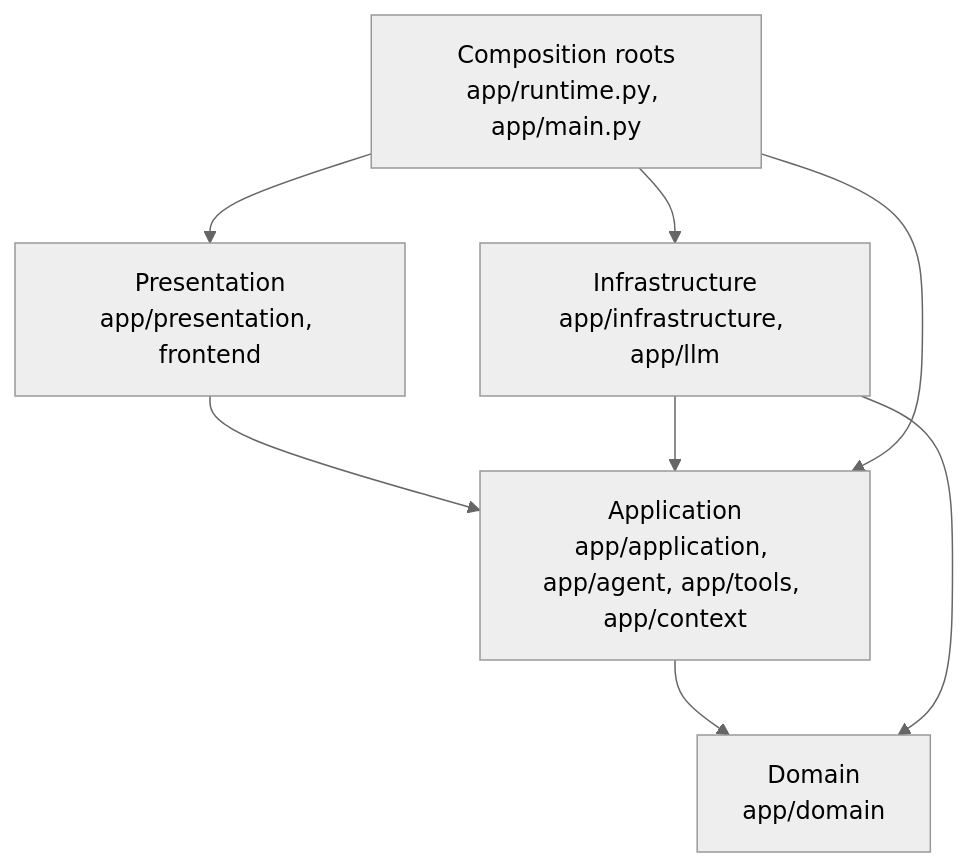
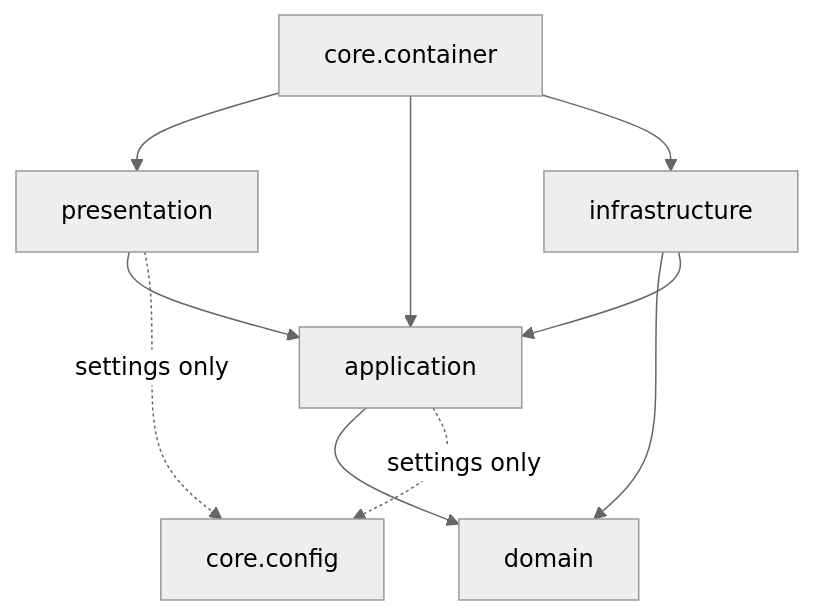
Before and after one commit to Zulfiqar7862/incident-triage-agent: the first of 9 diagrams in docs/LLD.md, drawn with Mermaid (neutral theme). The commit also changed other lines of this file and 17 other files, not shown here.

````diff
--- a/docs/LLD.md
+++ b/docs/LLD.md
@@ -78,10 +78,10 @@
 ```mermaid
 flowchart TB
-  P[Presentation<br/>app/presentation, frontend] --> A[Application<br/>app/application, app/agent, app/tools, app/context]
-  A --> D[Domain<br/>app/domain]
-  I[Infrastructure<br/>app/infrastructure, app/llm] --> D
+  P[presentation] --> A[application]
+  A --> D[domain]
+  I[infrastructure] --> D
   I --> A
-  R[Composition roots<br/>app/runtime.py, app/main.py] --> P
-  R --> A
-  R --> I
+  C[core.container] --> P & A & I
+  P -.settings only.-> CFG[core.config]
+  A -.settings only.-> CFG
 ```
````
